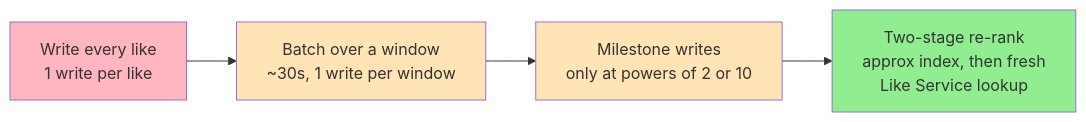
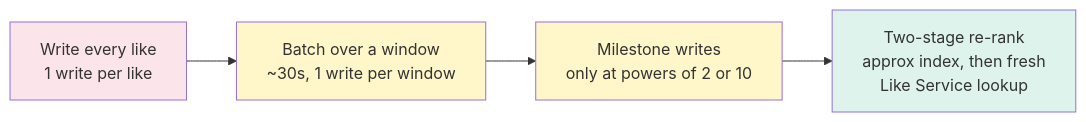
The second of 2 diagrams in LLD/SystemDesign/ProblemBreakdowns/FbPostSearch.md (cartmancodes/InterviewVault), drawn with Mermaid before and after one commit. The commit also changed 679 other files, not shown here.

Commit message:
Unify content diagrams and add accessible visual walkthroughs

````diff
--- a/LLD/SystemDesign/ProblemBreakdowns/FbPostSearch.md
+++ b/LLD/SystemDesign/ProblemBreakdowns/FbPostSearch.md
@@ -321,10 +321,10 @@
 ```mermaid
 graph LR
     A["Write every like<br/>1 write per like"] --> B["Batch over a window<br/>~30s, 1 write per window"]
     B --> C["Milestone writes<br/>only at powers of 2 or 10"]
     C --> D["Two-stage re-rank<br/>approx index, then fresh<br/>Like Service lookup"]
-    style A fill:#FFB6C1
-    style B fill:#FFE4B5
-    style C fill:#FFE4B5
-    style D fill:#90EE90
+    style A fill:#FCE5EA
+    style B fill:#FFF6C9
+    style C fill:#FFF6C9
+    style D fill:#DDF3EC
 ```
````
